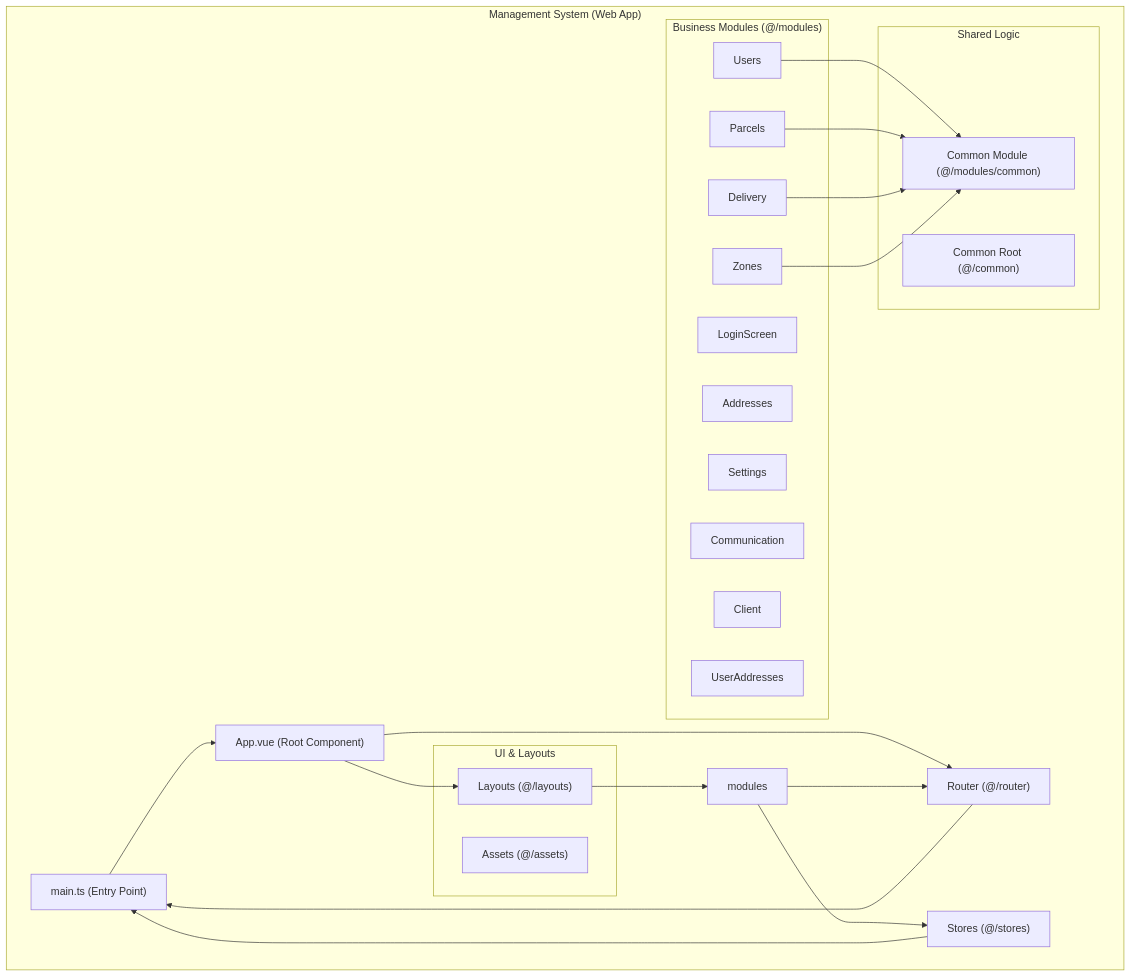
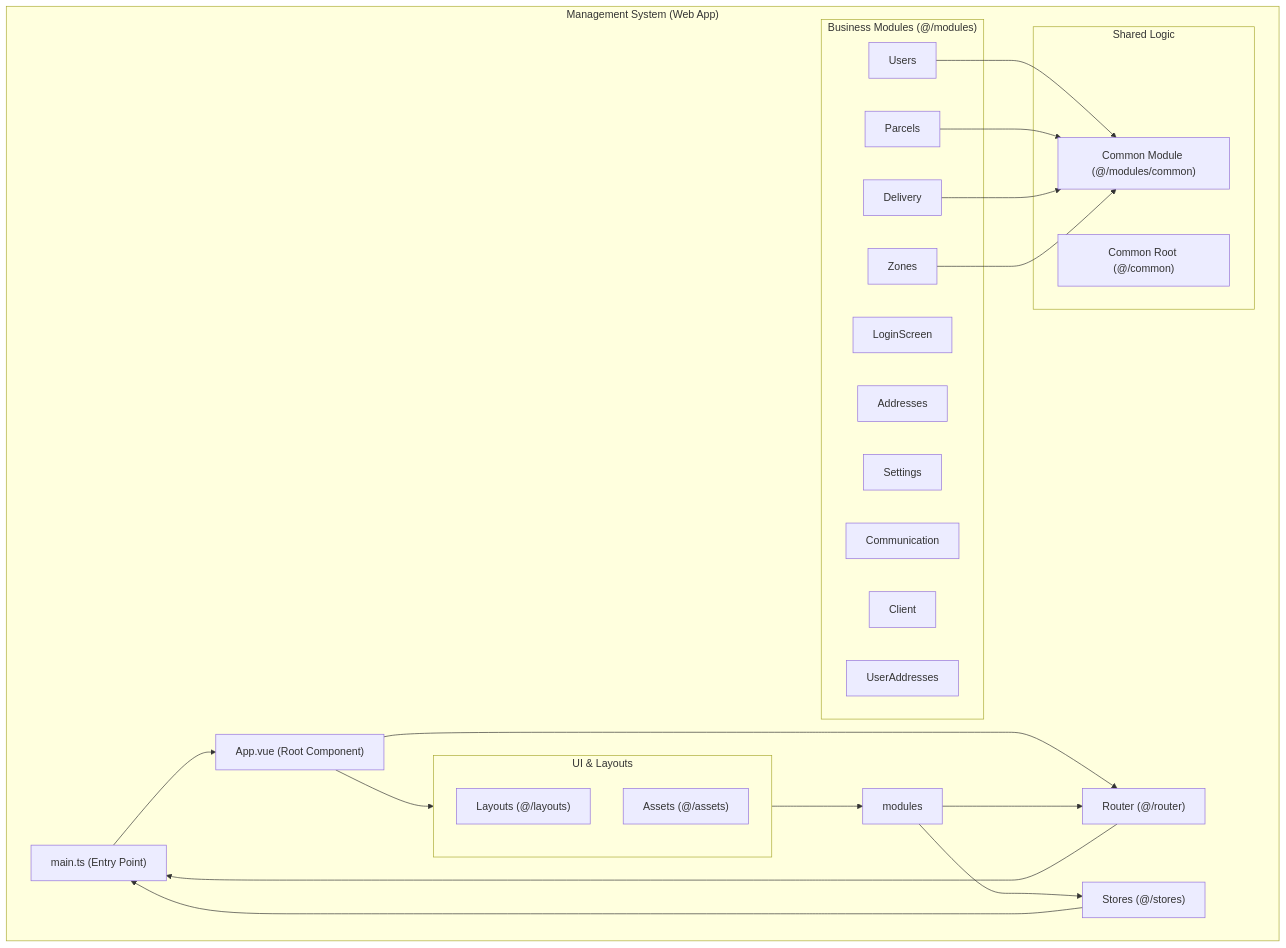
One commit to hungdev11/Delivery-Coodinating-System-And-Delivery-App changed the first of 2 diagrams in reports/1_CLIENTS/1_MANAGEMENT_SYSTEM.md. Above: the diagram before and after it, drawn with Mermaid. The commit also changed other lines of this file and 203 other files, not shown here.

````diff
--- a/reports/1_CLIENTS/1_MANAGEMENT_SYSTEM.md
+++ b/reports/1_CLIENTS/1_MANAGEMENT_SYSTEM.md
@@ -5,47 +28,48 @@
 ```mermaid
 graph TD
     subgraph "Management System (Web App)"
         direction LR
         main["main.ts (Entry Point)"]
         app_vue["App.vue (Root Component)"]
         router["Router (@/router)"]
         stores["Stores (@/stores)"]
 
         subgraph "UI & Layouts"
+            direction TB
             layouts["Layouts (@/layouts)"]
             assets["Assets (@/assets)"]
         end
 
         subgraph "Business Modules (@/modules)"
             login["LoginScreen"]
             users["Users"]
             parcels["Parcels"]
             delivery["Delivery"]
             zones["Zones"]
             addresses["Addresses"]
             settings["Settings"]
             communication["Communication"]
             client["Client"]
             user_addresses["UserAddresses"]
         end
 
         subgraph "Shared Logic"
             common_modules["Common Module (@/modules/common)"]
             common_root["Common Root (@/common)"]
         end
 
         main --> app_vue
         app_vue --> router
         app_vue --> layouts
         layouts --> modules
         modules --> stores
         modules --> router
         stores --> main
         router --> main
 
         users --> common_modules
         parcels --> common_modules
         delivery --> common_modules
         zones --> common_modules
     end
 ```
````
